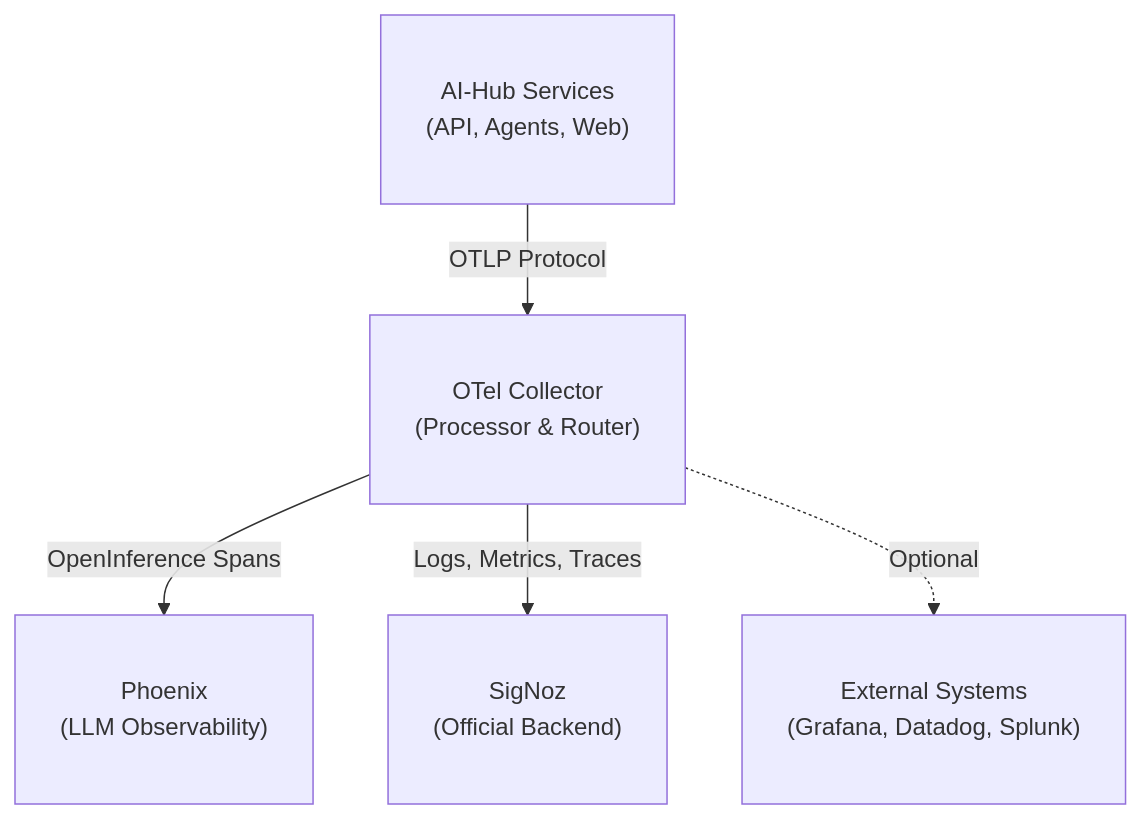
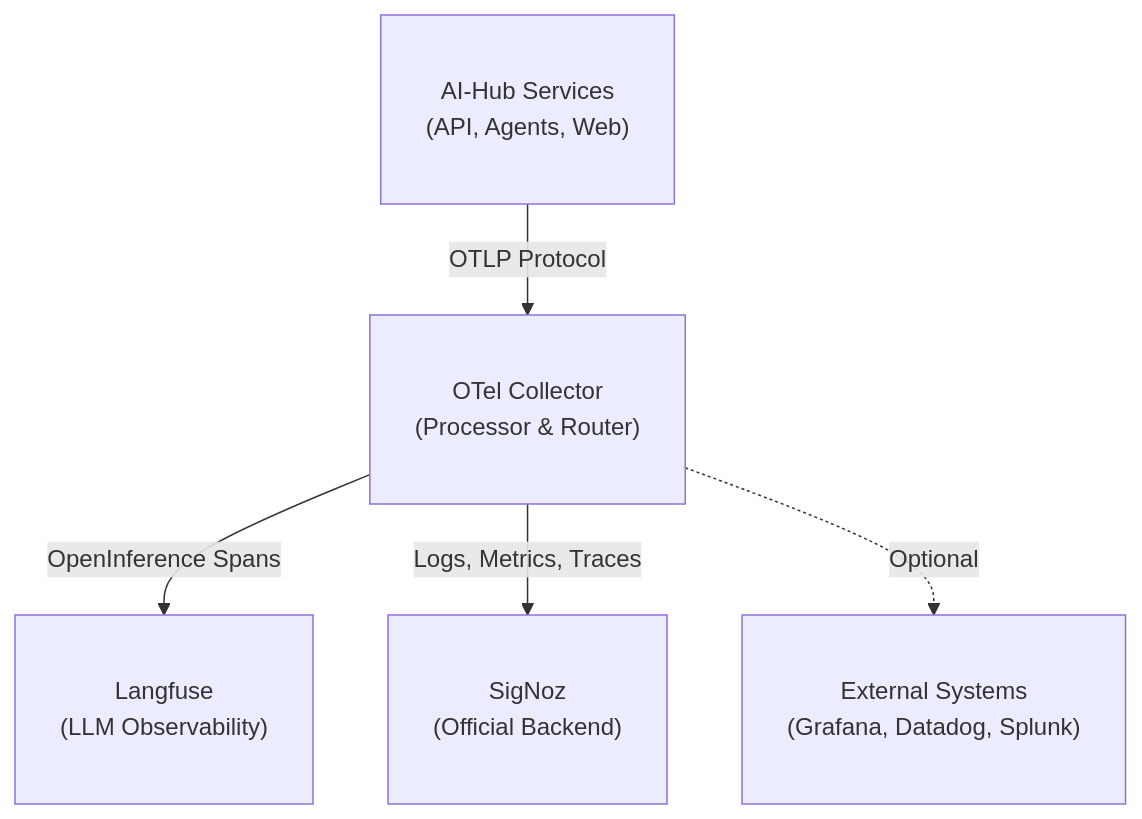
The first of 2 diagrams in aihub_doc/docs/2_platform/3_deployment_guide/5_monitoring_and_alerting/1_log_aggregation/index.de.md (bbvch-ai/aihub-core), drawn with Mermaid before and after one commit. The commit also changed other lines of this file and 51 other files, not shown here.

First line of the commit message:
chore(docs): replace Phoenix references with Langfuse across documentation

````diff
--- a/aihub_doc/docs/2_platform/3_deployment_guide/5_monitoring_and_alerting/1_log_aggregation/index.de.md
+++ b/aihub_doc/docs/2_platform/3_deployment_guide/5_monitoring_and_alerting/1_log_aggregation/index.de.md
@@ -18,15 +18,15 @@
 ```mermaid
 graph TB
     Services["AI-Hub Services<br/>(API, Agents, Web)"]
     Collector["OTel Collector<br/>(Processor & Router)"]
-    Phoenix["Phoenix<br/>(LLM Observability)"]
+    Langfuse["Langfuse<br/>(LLM Observability)"]
     SigNoz["SigNoz<br/>(Official Backend)"]
     External["External Systems<br/>(Grafana, Datadog, Splunk)"]
 
     Services -->|"OTLP Protocol"| Collector
-    Collector -->|"OpenInference Spans"| Phoenix
+    Collector -->|"OpenInference Spans"| Langfuse
     Collector -->|"Logs, Metrics, Traces"| SigNoz
     Collector -.->|"Optional"| External
 
     classDef default font-size:16px,padding:20px
 ```
````
